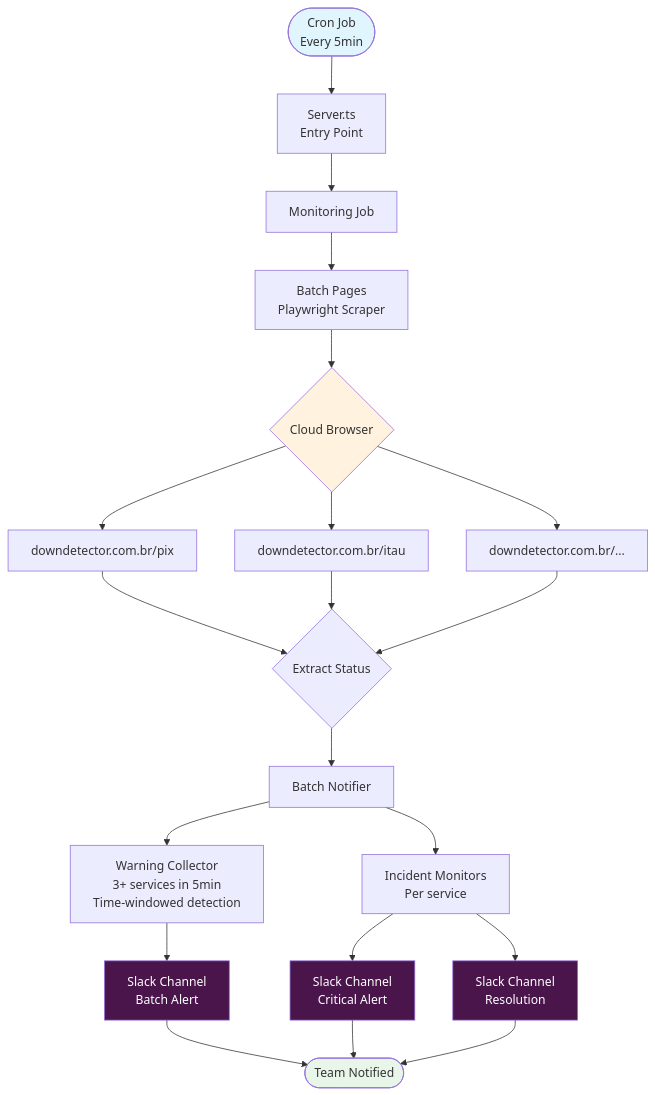
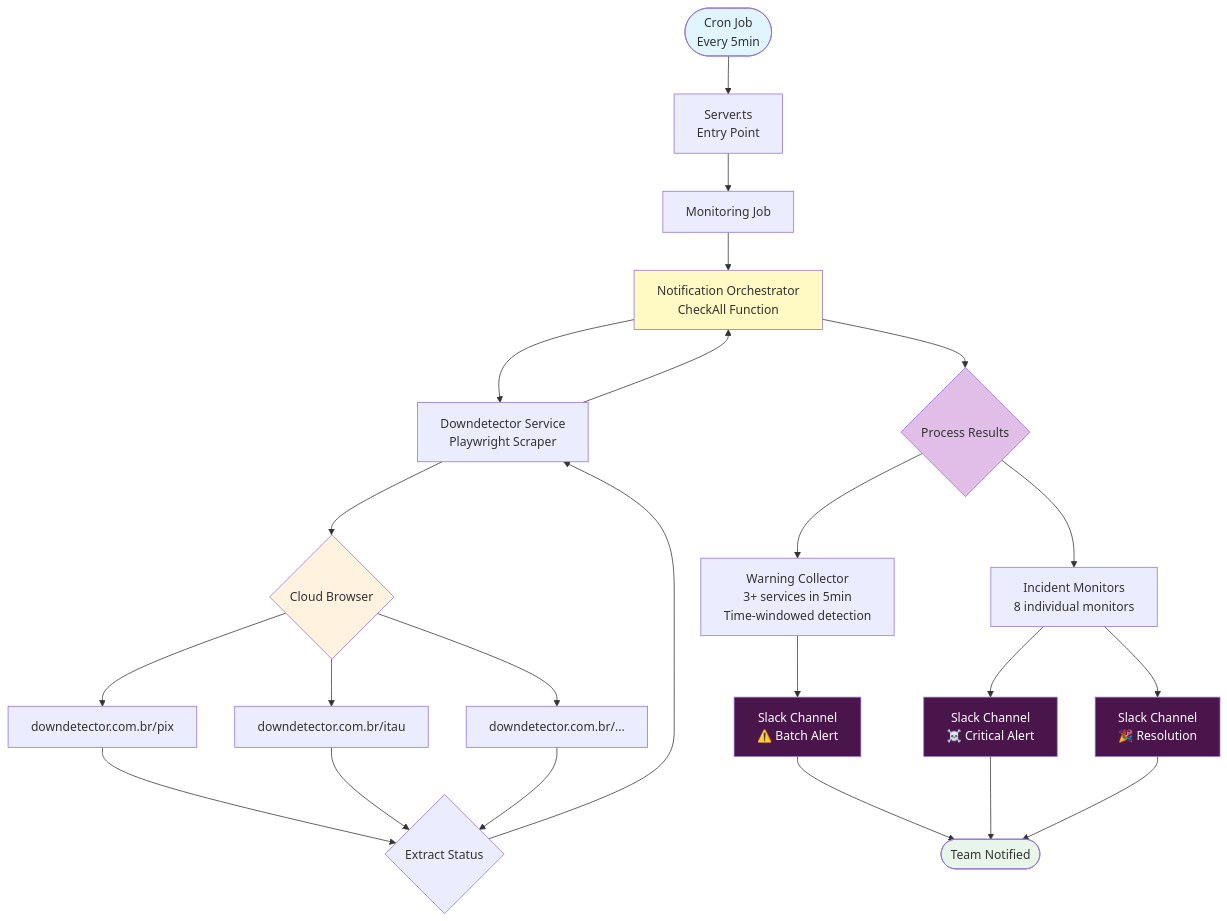
Before and after one commit to eduardotashiro/downdetector-slack: the first of 2 diagrams in README.md, drawn with Mermaid. The commit also changed other lines of this file and 4 other files, not shown here.

````diff
--- a/README.md
+++ b/README.md
@@ -71,34 +73,42 @@
 ```mermaid
 graph TB
     Start([Cron Job<br/>Every 5min]) --> Server[Server.ts<br/>Entry Point]
     Server --> Job[Monitoring Job]
-    Job --> Scraper[Batch Pages<br/>Playwright Scraper]
+    Job --> Orchestrator[Notification Orchestrator<br/>CheckAll Function]
+    
+    Orchestrator --> Scraper[Downdetector Service<br/>Playwright Scraper]
     
     Scraper --> Browser{Cloud Browser}
     Browser --> DD1[downdetector.com.br/pix]
     Browser --> DD2[downdetector.com.br/itau]
     Browser --> DD3[downdetector.com.br/...]
     
     DD1 --> Data{Extract Status}
     DD2 --> Data
     DD3 --> Data
     
-    Data --> Notifier[Batch Notifier]
-    Notifier --> Warning[Warning Collector<br/>3+ services in 5min<br/>Time-windowed detection]
-    Notifier --> Incident[Incident Monitors<br/>Per service]
+    Data --> Scraper
+    Scraper --> Orchestrator
     
-    Warning --> Slack1[Slack Channel<br/>Batch Alert]
-    Incident --> Slack2[Slack Channel<br/>Critical Alert]
-    Incident --> Slack3[Slack Channel<br/>Resolution]
+    Orchestrator --> Process{Process Results}
+    
+    Process --> Warning[Warning Collector<br/>3+ services in 5min<br/>Time-windowed detection]
+    Process --> Incident[Incident Monitors<br/>8 individual monitors]
+    
+    Warning --> Slack1[Slack Channel<br/>⚠️ Batch Alert]
+    Incident --> Slack2[Slack Channel<br/>☠️ Critical Alert]
+    Incident --> Slack3[Slack Channel<br/>🎉 Resolution]
     
     Slack1 --> End([Team Notified])
     Slack2 --> End
     Slack3 --> End
     
     style Start fill:#e1f5fe
+    style Orchestrator fill:#fff9c4
     style Browser fill:#fff3e0
+    style Process fill:#e1bee7
     style Slack1 fill:#4A154B,color:#fff
     style Slack2 fill:#4A154B,color:#fff
     style Slack3 fill:#4A154B,color:#fff
     style End fill:#e8f5e9
 ```
````
